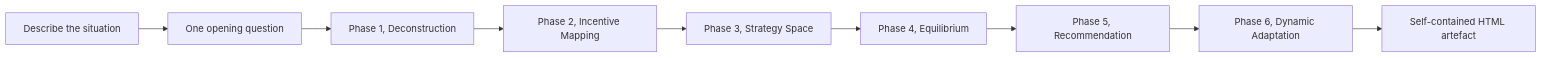
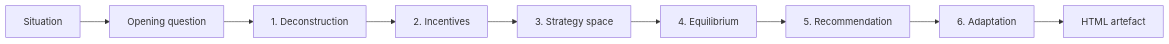
Before and after one commit to saltandsilicon/game-theorist: the diagram in README.md, drawn with Mermaid. The commit also changed other lines of this file and 2 other files, not shown here.

````diff
--- a/README.md
+++ b/README.md
@@ -27,11 +58,11 @@
 ```mermaid
 flowchart LR
-    Situation[Describe the situation] --> Question[One opening question]
-    Question --> P1[Phase 1, Deconstruction]
-    P1 --> P2[Phase 2, Incentive Mapping]
-    P2 --> P3[Phase 3, Strategy Space]
-    P3 --> P4[Phase 4, Equilibrium]
-    P4 --> P5[Phase 5, Recommendation]
-    P5 --> P6[Phase 6, Dynamic Adaptation]
-    P6 --> Artifact[Self-contained HTML artefact]
+    S[Situation] --> Q[Opening question]
+    Q --> P1[1. Deconstruction]
+    P1 --> P2[2. Incentives]
+    P2 --> P3[3. Strategy space]
+    P3 --> P4[4. Equilibrium]
+    P4 --> P5[5. Recommendation]
+    P5 --> P6[6. Adaptation]
+    P6 --> A[HTML artefact]
 ```
````
